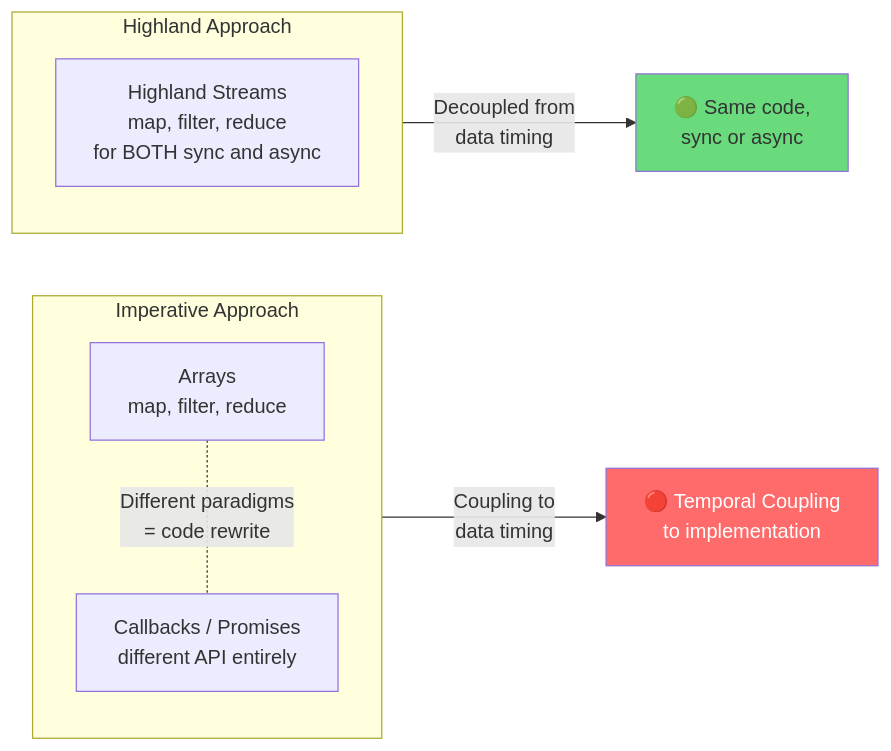
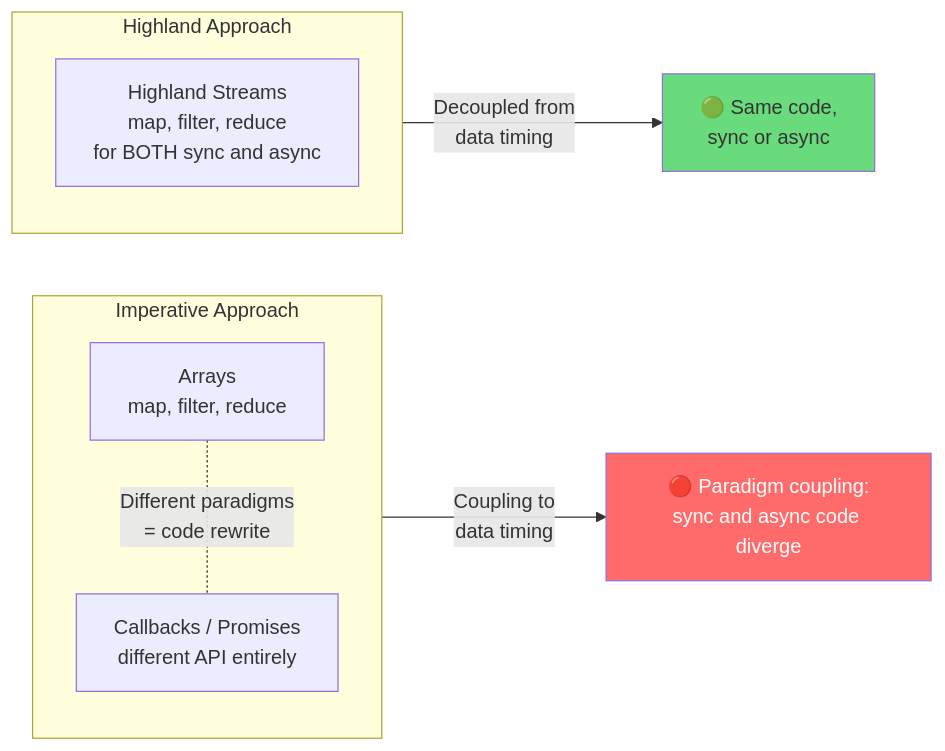
One commit to anaerobic/coupling changed the ninth of 14 diagrams in functional-reactive-coupling.md. Above: the diagram before and after it, drawn with Mermaid. The commit also changed other lines of this file and 8 other files, not shown here.

````diff
--- a/functional-reactive-coupling.md
+++ b/functional-reactive-coupling.md
@@ -857,18 +878,18 @@
 ```mermaid
 flowchart LR
     subgraph imperative ["Imperative Approach"]
         Sync["Arrays<br/>map, filter, reduce"]
         Async["Callbacks / Promises<br/>different API entirely"]
         Sync -.-|"Different paradigms<br/>= code rewrite"| Async
     end
 
     subgraph highland ["Highland Approach"]
         Both["Highland Streams<br/>map, filter, reduce<br/>for BOTH sync and async"]
     end
 
-    imperative -->|"Coupling to<br/>data timing"| TC["🔴 Temporal Coupling<br/>to implementation"]
+    imperative -->|"Coupling to<br/>data timing"| TC["🔴 Paradigm coupling:<br/>sync and async code diverge"]
     highland -->|"Decoupled from<br/>data timing"| LC["🟢 Same code,<br/>sync or async"]
 
     style TC fill:#ff6b6b,color:#fff
     style LC fill:#69db7c,color:#333
 ```
````
